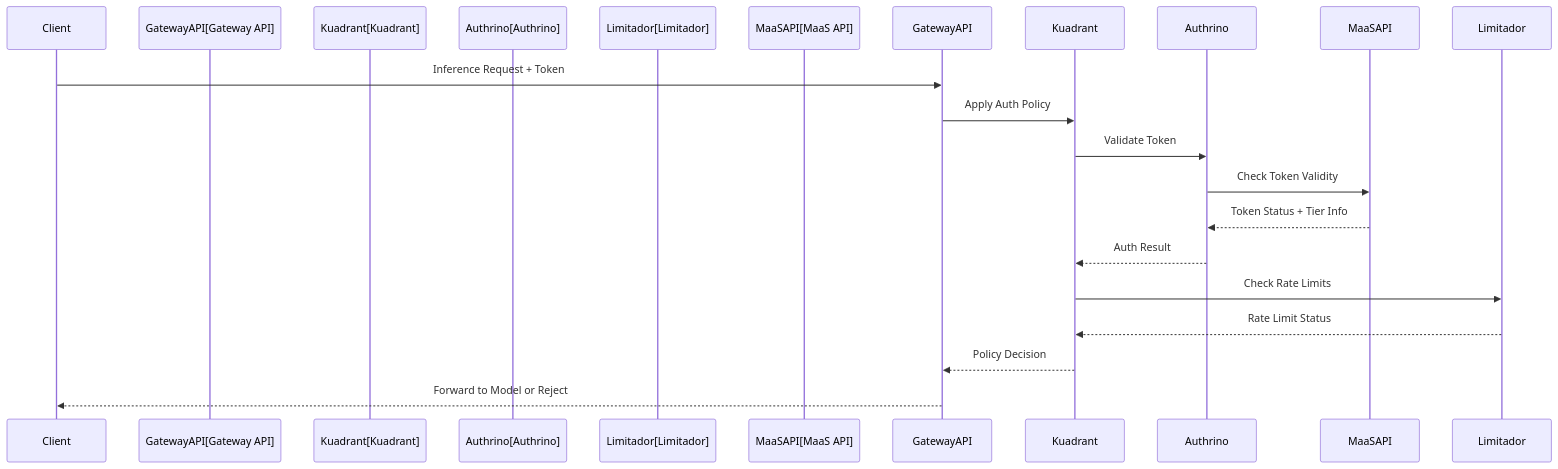
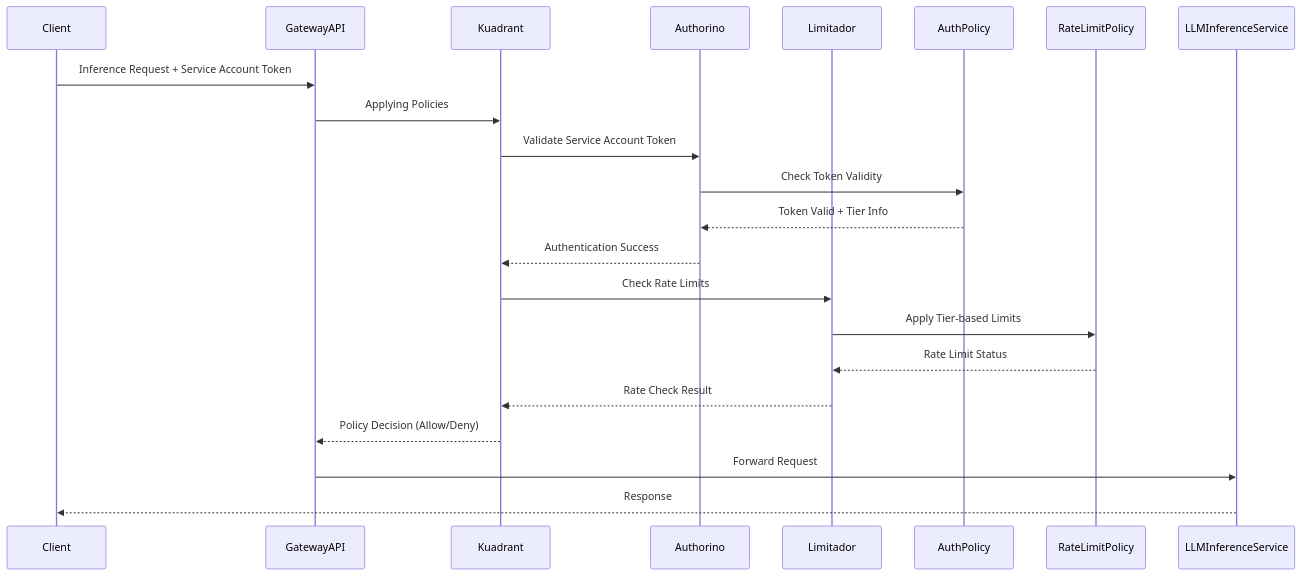
The fifth of 5 diagrams in docs/content/architecture.md (yossiovadia/maas-billing), drawn with Mermaid before and after one commit. The commit also changed other lines of this file and 1 other file, not shown here.

First line of the commit message:
docs: updating Architecture Docs (#182)

````diff
--- a/docs/content/architecture.md
+++ b/docs/content/architecture.md
@@ -235,20 +250,25 @@
 ```mermaid
 sequenceDiagram
     participant Client
-    participant GatewayAPI[Gateway API]
-    participant Kuadrant[Kuadrant]
-    participant Authrino[Authrino]
-    participant Limitador[Limitador]
-    participant MaaSAPI[MaaS API]
+    participant GatewayAPI
+    participant Kuadrant
+    participant Authorino
+    participant Limitador
+    participant AuthPolicy
+    participant RateLimitPolicy
+    participant LLMInferenceService
     
-    Client->>GatewayAPI: Inference Request + Token
-    GatewayAPI->>Kuadrant: Apply Auth Policy
-    Kuadrant->>Authrino: Validate Token
-    Authrino->>MaaSAPI: Check Token Validity
-    MaaSAPI-->>Authrino: Token Status + Tier Info
-    Authrino-->>Kuadrant: Auth Result
+    Client->>GatewayAPI: Inference Request + Service Account Token
+    GatewayAPI->>Kuadrant: Applying Policies
+    Kuadrant->>Authorino: Validate Service Account Token
+    Authorino->>AuthPolicy: Check Token Validity
+    AuthPolicy-->>Authorino: Token Valid + Tier Info
+    Authorino-->>Kuadrant: Authentication Success
     Kuadrant->>Limitador: Check Rate Limits
-    Limitador-->>Kuadrant: Rate Limit Status
-    Kuadrant-->>GatewayAPI: Policy Decision
-    GatewayAPI-->>Client: Forward to Model or Reject
+    Limitador->>RateLimitPolicy: Apply Tier-based Limits
+    RateLimitPolicy-->>Limitador: Rate Limit Status
+    Limitador-->>Kuadrant: Rate Check Result
+    Kuadrant-->>GatewayAPI: Policy Decision (Allow/Deny)
+    GatewayAPI ->> LLMInferenceService: Forward Request
+    LLMInferenceService-->>Client: Response
 ```
````
